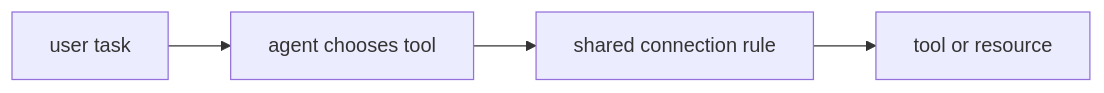
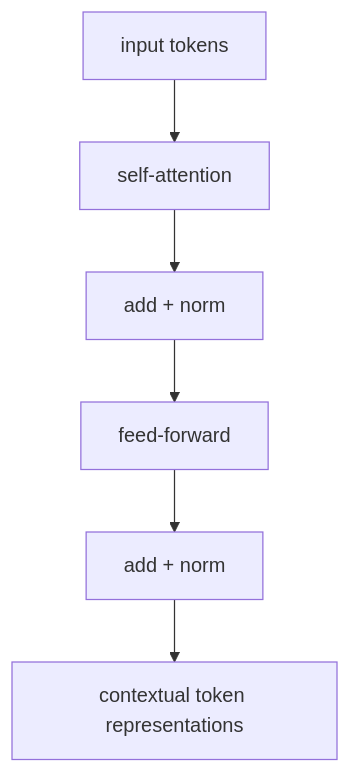
Before and after one commit to devchan64/AiBook: the first of 2 diagrams in docs/parts/part-05/chapter-14/section-01.md, drawn with Mermaid. The commit also changed other lines of this file and 213 other files, not shown here.

````diff
--- a/docs/parts/part-05/chapter-14/section-01.md
+++ b/docs/parts/part-05/chapter-14/section-01.md
@@ -91,11 +153,15 @@
 ```mermaid
-flowchart LR
-  A["user task"]
-  B["agent chooses tool"]
-  C["shared connection rule"]
-  D["tool or resource"]
+flowchart TD
+  A["input tokens"]
+  B["self-attention"]
+  C["add + norm"]
+  D["feed-forward"]
+  E["add + norm"]
+  F["contextual token representations"]
 
   A --> B
   B --> C
   C --> D
+  D --> E
+  E --> F
 ```
````
